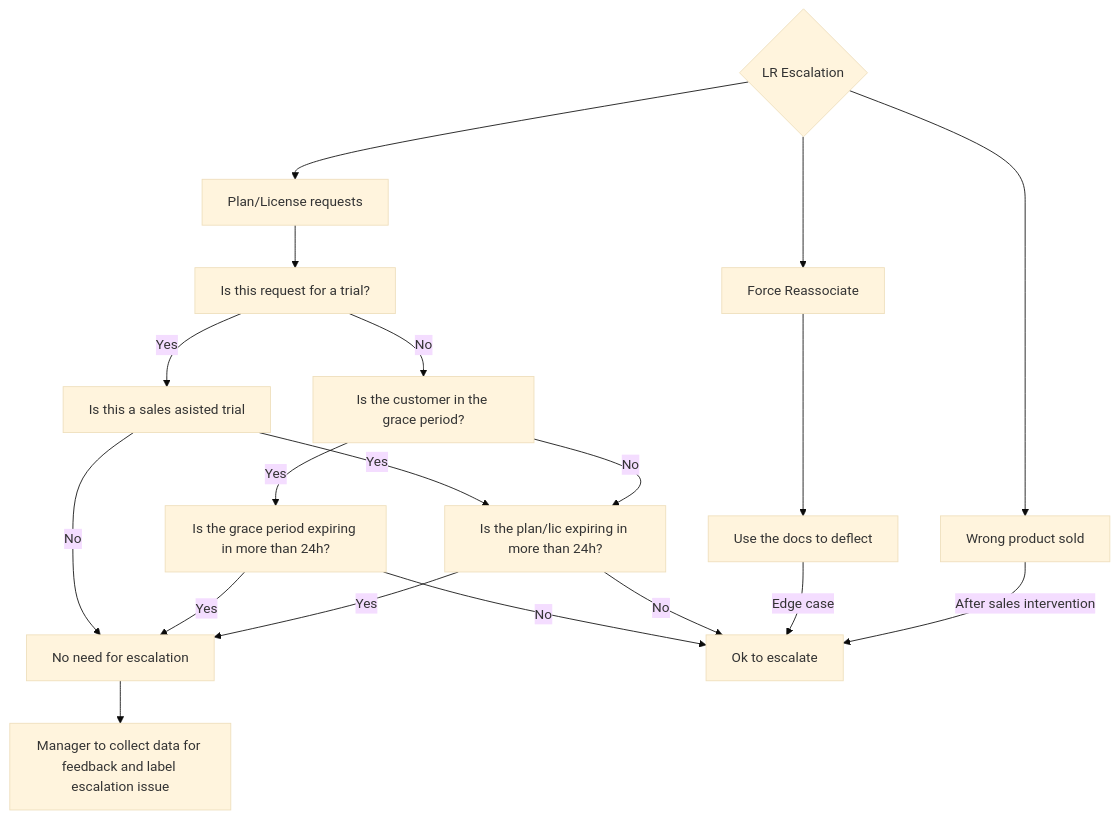
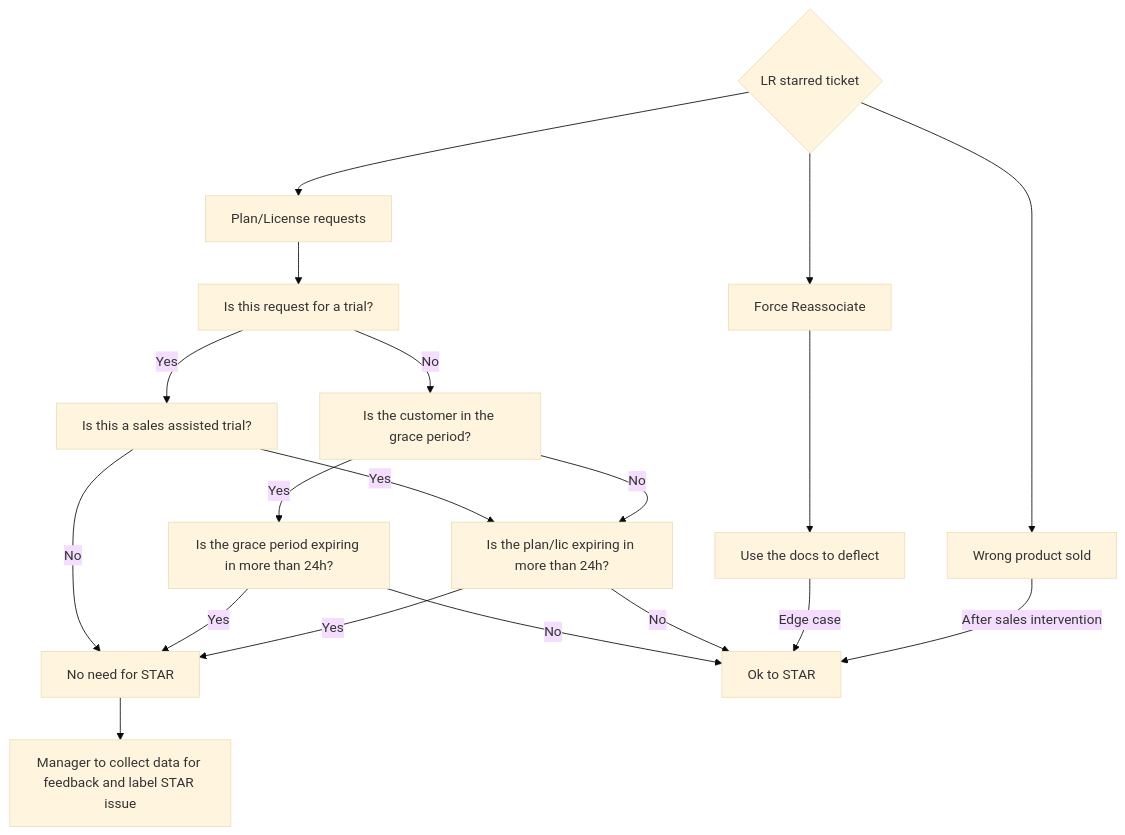
Before and after one commit to secretstartups/handbook: the diagram in support/license-and-renewals/workflows/managers_working_with_extensions.html.md, drawn with Mermaid (base theme). The commit also changed other lines of this file, not shown here.

Commit message:
L&R Escalations page: update for new STAR terminology

````diff
--- a/support/license-and-renewals/workflows/managers_working_with_extensions.html.md
+++ b/support/license-and-renewals/workflows/managers_working_with_extensions.html.md
@@ -54,21 +55,21 @@
 ```mermaid
 graph TD
-    A{LR Escalation}--> C[Plan/License requests]
+    A{LR starred ticket}--> C[Plan/License requests]
     C-->T[Is this request for a trial?]
     T-->|No|G[Is the customer in the grace period?]
-    T-->|Yes|SA[Is this a sales asisted trial]
+    T-->|Yes|SA[Is this a sales assisted trial?]
     SA-->|Yes|Exp
     SA-->|No|No
     G-->|Yes|H[Is the grace period expiring in more than 24h?]
     G-->|No| Exp[Is the plan/lic expiring in more than 24h?]
-    H-->|Yes|No[No need for escalation]
-    H-->|No|Pass[Ok to escalate]
+    H-->|Yes|No[No need for STAR]
+    H-->|No|Pass[Ok to STAR]
     Exp-->|Yes| No
     Exp-->|No|Pass
-    No-->X[Manager to collect data for feedback and label escalation issue]
+    No-->X[Manager to collect data for feedback and label STAR issue]
     A-->WP[Wrong product sold]
     A-->FR[Force Reassociate]
     FR--->FR1[Use the docs to deflect]
     FR1-->|Edge case|Pass
     WP-->|After sales intervention|Pass
 ```
````
